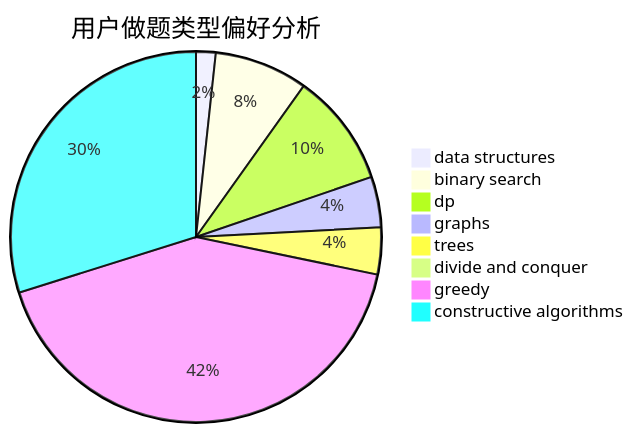
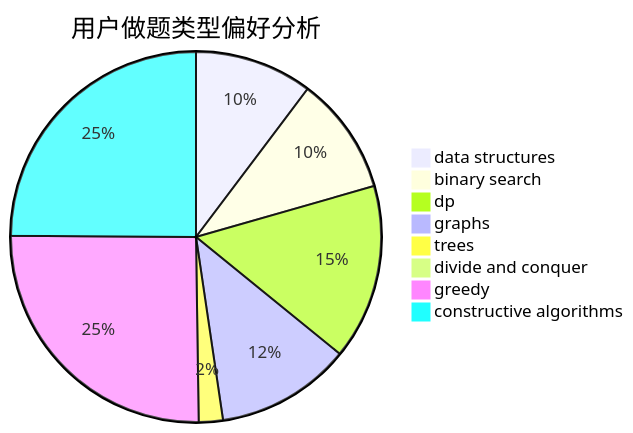
Before and after one commit to sherpahu/cfrs.github.io: the second of 3 diagrams in docs/user/u1017.md, drawn with Mermaid. The commit also changed other lines of this file and 2770 other files, not shown here.

````diff
--- a/docs/user/u1017.md
+++ b/docs/user/u1017.md
@@ -23,11 +23,11 @@
 ```mermaid
 pie title 用户做题类型偏好分析
-    "data structures" :  43
-    "binary search" :  205
-    "dp" :  249
-    "graphs" :  111
-    "trees" :  103
+    "data structures" :  88
+    "binary search" :  88
+    "dp" :  131
+    "graphs" :  101
+    "trees" :  18
     "divide and conquer" :  0
-    "greedy" :  1054
-    "constructive algorithms" :  751
+    "greedy" :  217
+    "constructive algorithms" :  213
 ```
````
